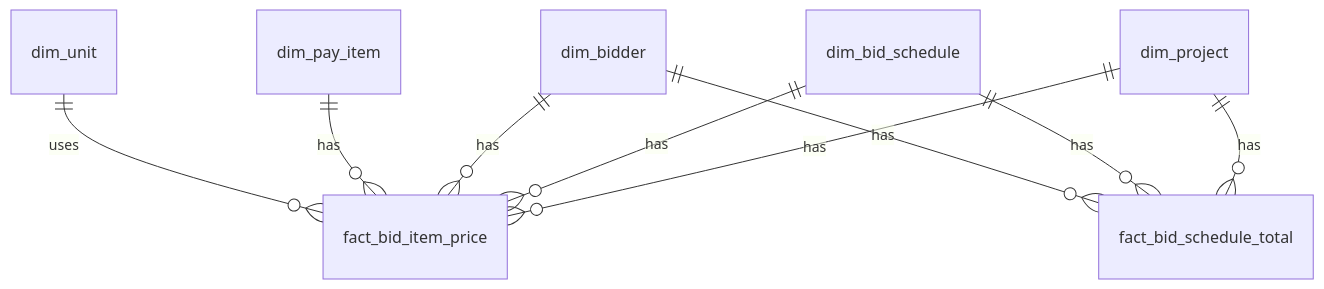
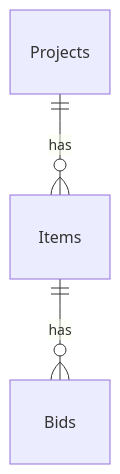
The diagram in docs/data_model.md (ds-oliver/PDX-Bid-Tabs), drawn with Mermaid before and after one commit. The commit also changed other lines of this file and 122 other files, not shown here.

Commit message:
Update binary files and data schema for improved consistency and clarity. Renamed columns in CSV files for better readability and alignment with data standards. Updated documentation to reflect changes in data mapping and schema structure.

````diff
--- a/docs/data_model.md
+++ b/docs/data_model.md
@@ -30,11 +26,5 @@
 ```mermaid
 erDiagram
-  dim_project ||--o{ fact_bid_item_price : has
-  dim_bid_schedule ||--o{ fact_bid_item_price : has
-  dim_bidder ||--o{ fact_bid_item_price : has
-  dim_pay_item ||--o{ fact_bid_item_price : has
-  dim_unit ||--o{ fact_bid_item_price : uses
-  dim_project ||--o{ fact_bid_schedule_total : has
-  dim_bid_schedule ||--o{ fact_bid_schedule_total : has
-  dim_bidder ||--o{ fact_bid_schedule_total : has
+  Projects ||--o{ Items : has
+  Items ||--o{ Bids : has
 ```
````
